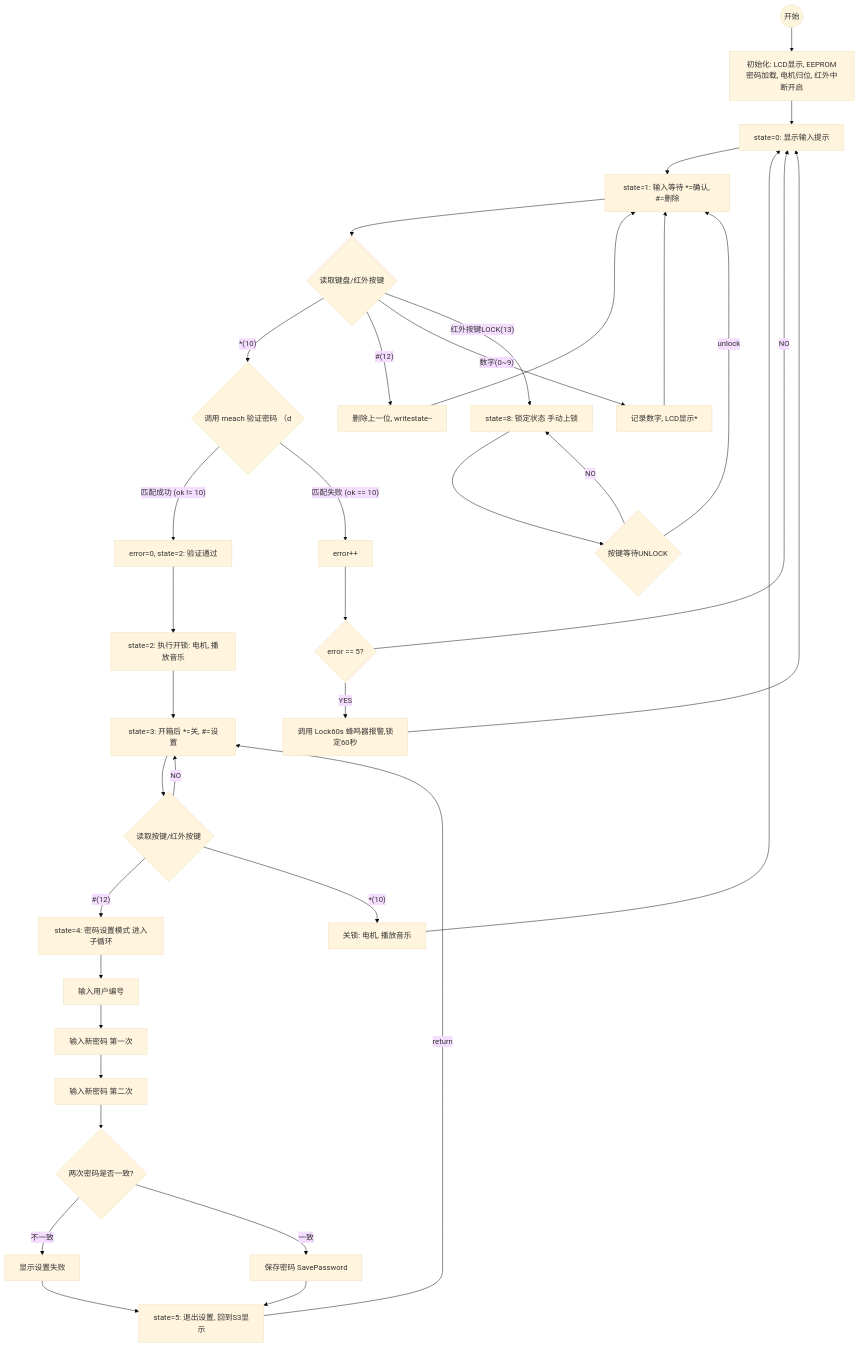
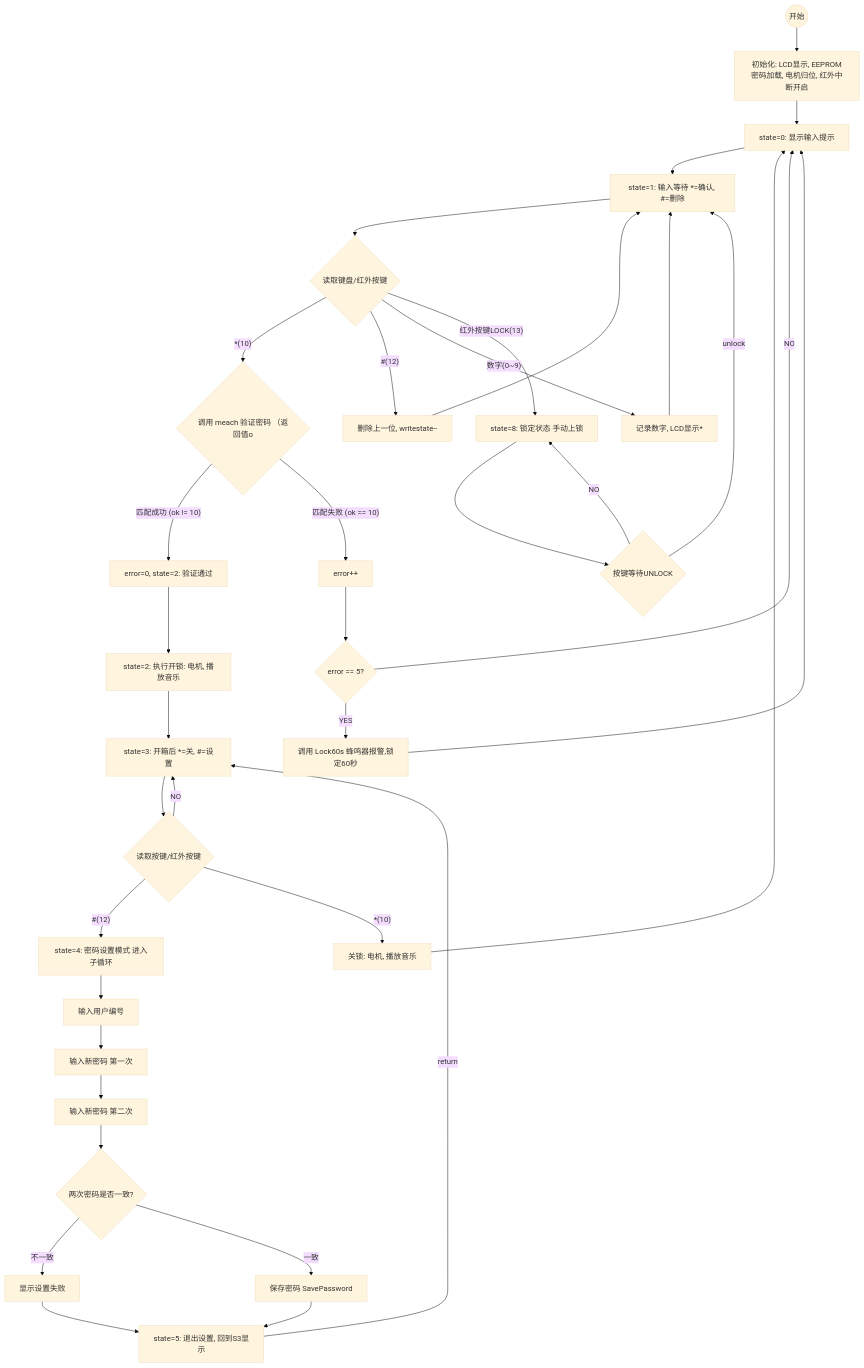
The diagram in all/未命名-2.md (ksxyh-22/iodraw-files), drawn with Mermaid (base theme) before and after one commit.

Commit message:
2025-10-11 11:34:54 update

````diff
--- a/all/未命名-2.md
+++ b/all/未命名-2.md
@@ -1,80 +1,80 @@
 ```mermaid
 graph TD
     %% 状态机主流程
     START((开始)) --> INIT[初始化: LCD显示, EEPROM密码加载, 电机归位, 红外中断开启];
     INIT --> S0[state=0: 显示输入提示];
 
     %% 状态 1: 密码输入与验证 (主流程)
     S0 --> S1[state=1: 输入等待 *=确认, #=删除];
     
     S1 --> INPUT{读取键盘/红外按键};
     
     %% 验证分支
-    INPUT -- *(10) --> VERIFY{调用 meach 验证密码 （d};
+    INPUT -- *(10) --> VERIFY{调用 meach 验证密码 （返回值o};
 
 
     INPUT -- #(12) --> DELETE[删除上一位, writestate--];
     DELETE --> S1;
 
     
 
     %% 处理输入分支
     INPUT -- 数字(0~9) --> DIGIT[记录数字, LCD显示*];
     DIGIT --> S1;
 
     
 
     
 
     
     VERIFY -- 匹配成功 (ok != 10) --> S2_SUCCESS[error=0, state=2: 验证通过];
     
     %% 失败和错误处理 (分支到右侧)
     VERIFY -- 匹配失败 (ok == 10) --> ERROR_COUNT[error++];
     
     ERROR_COUNT --> CHECK_ERRORS{error == 5?};
     
     CHECK_ERRORS -- NO --> S0;
 
     CHECK_ERRORS -- YES --> LOCK_60s[调用 Lock60s 蜂鸣器报警,锁定60秒];
     LOCK_60s --> S0;
 
     %% 状态 2, 3, 5: 开锁后的操作 (主流程)
     S2_SUCCESS --> S2_OPEN[state=2: 执行开锁: 电机, 播放音乐];
     S2_OPEN --> S3[state=3: 开箱后 *=关, #=设置];
 
     S3 --> POST_KEY{读取按键/红外按键};
     
     POST_KEY -- NO --> S3;
     
     POST_KEY -- #(12) --> S4[state=4: 密码设置模式 进入子循环];
 
     POST_KEY -- *(10) --> S3_CLOSE[关锁: 电机, 播放音乐];
     S3_CLOSE --> S0;
     
     
 
     %% 状态 4: 密码设置 (子流程)
     S4 --> S4_USER[输入用户编号];
     S4_USER --> S4_PASS1[输入新密码 第一次];
     S4_PASS1 --> S4_PASS2[输入新密码 第二次];
 
     S4_PASS2 --> S4_CHECK{两次密码是否一致?};
     
     S4_CHECK -- 不一致 --> S4_FAIL[显示设置失败];
     S4_FAIL --> S5[state=5: 退出设置, 回到S3显示];
 
     S4_CHECK -- 一致 --> S4_SAVE[保存密码 SavePassword];
     S4_SAVE --> S5;
     
     S5 -- return --> S3; 
     
     %% 手动锁定 (分支到右侧)
     INPUT -- 红外按键LOCK(13) --> S8;
 
     %% 状态 8: 锁定状态 (独立循环)
     S8[state=8: 锁定状态 手动上锁] --> S8_WAIT{按键等待UNLOCK};
     
     S8_WAIT -- NO --> S8;
     S8_WAIT -- unlock --> S1;
 ```
````
